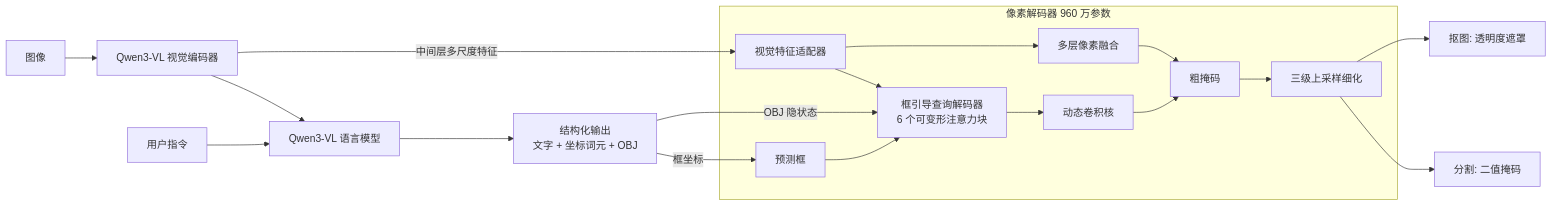
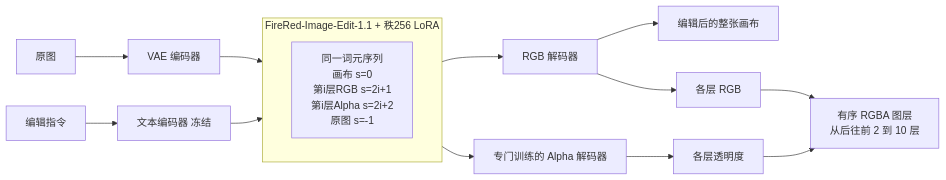
Before and after one commit to yingwang/paper-reads: the second of 3 diagrams in docs/index.md, drawn with Mermaid. The commit also changed other lines of this file and 2 other files, not shown here.

````diff
--- a/docs/index.md
+++ b/docs/index.md
@@ -120,21 +96,17 @@
 ```mermaid
 flowchart LR
-    I[图像] --> V[Qwen3-VL 视觉编码器]
-    T[用户指令] --> L[Qwen3-VL 语言模型]
-    V --> L
-    L --> O[结构化输出<br/>文字 + 坐标词元 + OBJ]
-    O -->|框坐标| B[预测框]
-    O -->|OBJ 隐状态| Q
-    V -->|中间层多尺度特征| A[视觉特征适配器]
-    subgraph 像素解码器 960 万参数
-    A --> Q[框引导查询解码器<br/>6 个可变形注意力块]
-    B --> Q
-    Q --> K[动态卷积核]
-    A --> F[多层像素融合]
-    K --> M[粗掩码]
-    F --> M
-    M --> U[三级上采样细化]
+    I[原图] --> E[VAE 编码器]
+    T[编辑指令] --> TE[文本编码器 冻结]
+    E --> X
+    TE --> X
+    subgraph X[FireRed-Image-Edit-1.1 + 秩256 LoRA]
+    S[同一词元序列<br/>画布 s=0<br/>第i层RGB s=2i+1<br/>第i层Alpha s=2i+2<br/>原图 s=-1]
     end
-    U --> R1[分割: 二值掩码]
-    U --> R2[抠图: 透明度遮罩]
+    X --> D1[RGB 解码器]
+    X --> D2[专门训练的 Alpha 解码器]
+    D1 --> C[编辑后的整张画布]
+    D1 --> R[各层 RGB]
+    D2 --> A[各层透明度]
+    R --> L[有序 RGBA 图层<br/>从后往前 2 到 10 层]
+    A --> L
 ```
````
